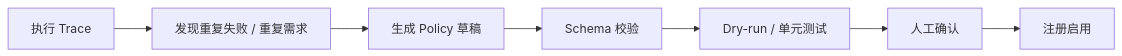
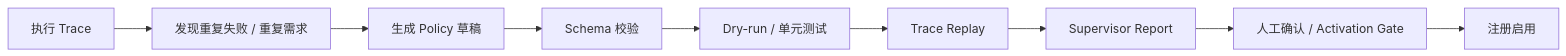
Before and after one commit to WeiSuanDi/EvoPi: the diagram in docs/design/POLICY_SYSTEM.md, drawn with Mermaid. The commit also changed other lines of this file and 9 other files, not shown here.

````diff
--- a/docs/design/POLICY_SYSTEM.md
+++ b/docs/design/POLICY_SYSTEM.md
@@ -296,9 +296,11 @@
 ```mermaid
 flowchart LR
     Trace["执行 Trace"] --> Pattern["发现重复失败 / 重复需求"]
     Pattern --> Draft["生成 Policy 草稿"]
     Draft --> Schema["Schema 校验"]
     Schema --> DryRun["Dry-run / 单元测试"]
-    DryRun --> Human["人工确认"]
+    DryRun --> Replay["Trace Replay"]
+    Replay --> Supervisor["Supervisor Report"]
+    Supervisor --> Human["人工确认 / Activation Gate"]
     Human --> Registry["注册启用"]
 ```
````
